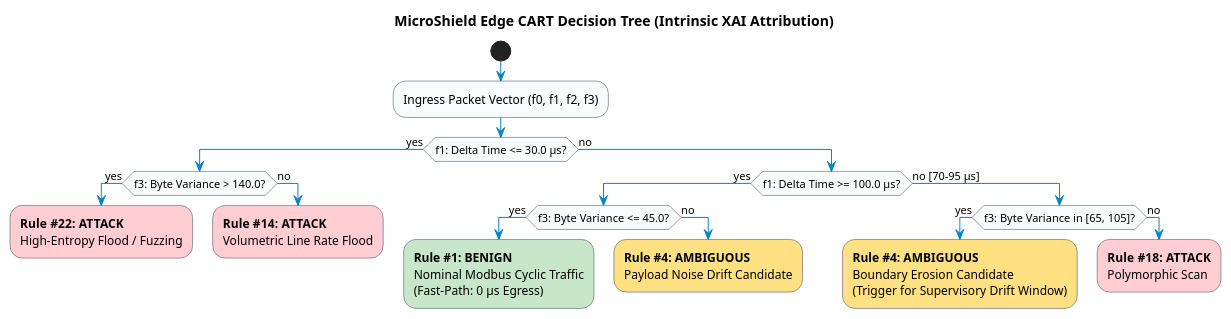
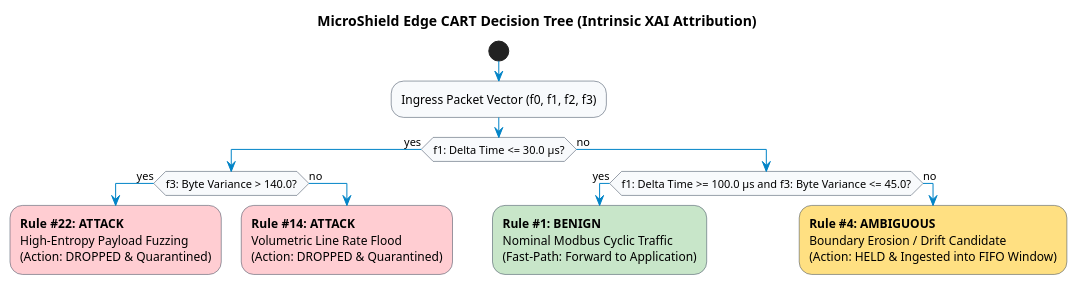
One commit to unibo-dtm-se-2223-microshield/report changed the diagram in diagrams/edge_cart_tree.puml. Above: the diagram before and after it, drawn with PlantUML. The commit also changed 2 other files, not shown here.

```diff
--- a/diagrams/edge_cart_tree.puml
+++ b/diagrams/edge_cart_tree.puml
@@ -1,44 +1,34 @@
 @startuml
 skinparam backgroundColor #FFFFFF
 skinparam ActivityBackgroundColor #F8FAFC
 skinparam ActivityBorderColor #334155
 skinparam ArrowColor #0284C7
 skinparam DiamondBackgroundColor #E2E8F0
 skinparam DiamondBorderColor #475569
 skinparam defaultFontName sans-serif
 
 title MicroShield Edge CART Decision Tree (Intrinsic XAI Attribution)
 
 start
 
 :Ingress Packet Vector (f0, f1, f2, f3);
 
 if (f1: Delta Time <= 30.0 µs?) then (yes)
   if (f3: Byte Variance > 140.0?) then (yes)
-    #FFCDD2:<b>Rule #22: ATTACK</b>\nHigh-Entropy Flood / Fuzzing;
+    #FFCDD2:<b>Rule #22: ATTACK</b>\nHigh-Entropy Payload Fuzzing\n(Action: DROPPED & Quarantined);
     detach
   else (no)
-    #FFCDD2:<b>Rule #14: ATTACK</b>\nVolumetric Line Rate Flood;
+    #FFCDD2:<b>Rule #14: ATTACK</b>\nVolumetric Line Rate Flood\n(Action: DROPPED & Quarantined);
     detach
   endif
 else (no)
-  if (f1: Delta Time >= 100.0 µs?) then (yes)
-    if (f3: Byte Variance <= 45.0?) then (yes)
-      #C8E6C9:<b>Rule #1: BENIGN</b>\nNominal Modbus Cyclic Traffic\n(Fast-Path: 0 µs Egress);
-      detach
-    else (no)
-      #FFE082:<b>Rule #4: AMBIGUOUS</b>\nPayload Noise Drift Candidate;
-      detach
-    endif
-  else (no [70-95 µs])
-    if (f3: Byte Variance in [65, 105]?) then (yes)
-      #FFE082:<b>Rule #4: AMBIGUOUS</b>\nBoundary Erosion Candidate\n(Trigger for Supervisory Drift Window);
-      detach
-    else (no)
-      #FFCDD2:<b>Rule #18: ATTACK</b>\nPolymorphic Scan;
-      detach
-    endif
+  if (f1: Delta Time >= 100.0 µs and f3: Byte Variance <= 45.0?) then (yes)
+    #C8E6C9:<b>Rule #1: BENIGN</b>\nNominal Modbus Cyclic Traffic\n(Fast-Path: Forward to Application);
+    detach
+  else (no)
+    #FFE082:<b>Rule #4: AMBIGUOUS</b>\nBoundary Erosion / Drift Candidate\n(Action: HELD & Ingested into FIFO Window);
+    detach
   endif
 endif
 
 @enduml
```
